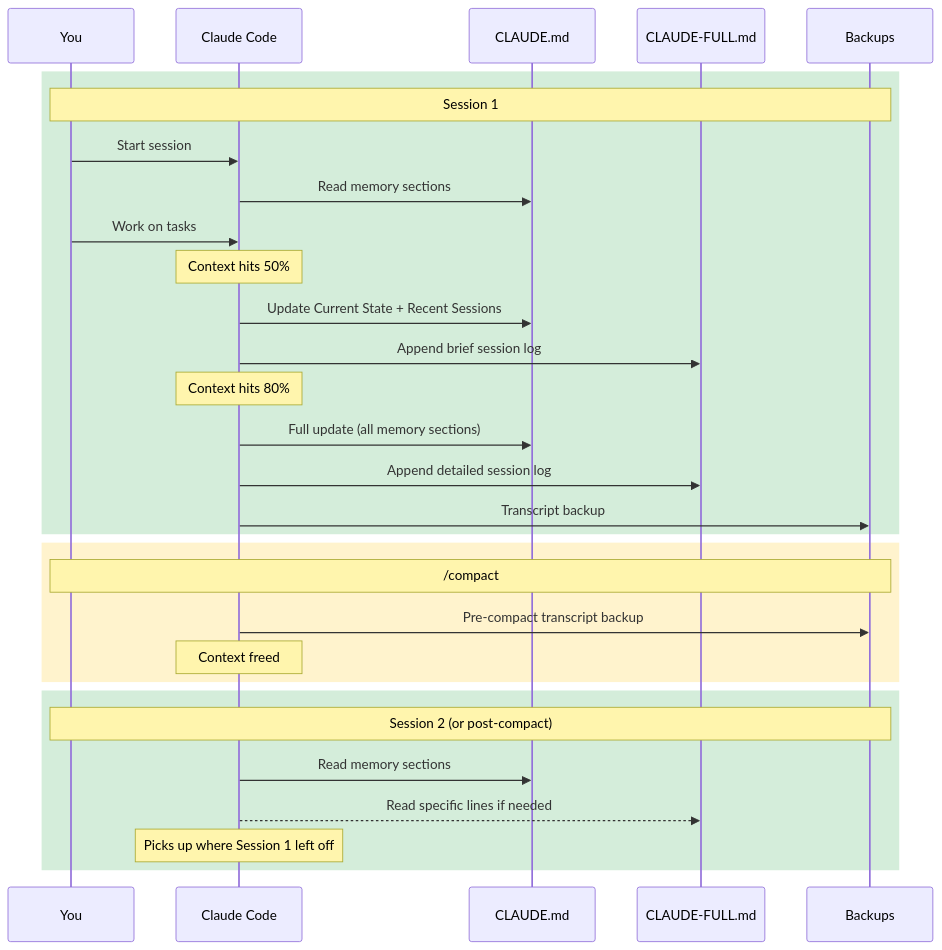
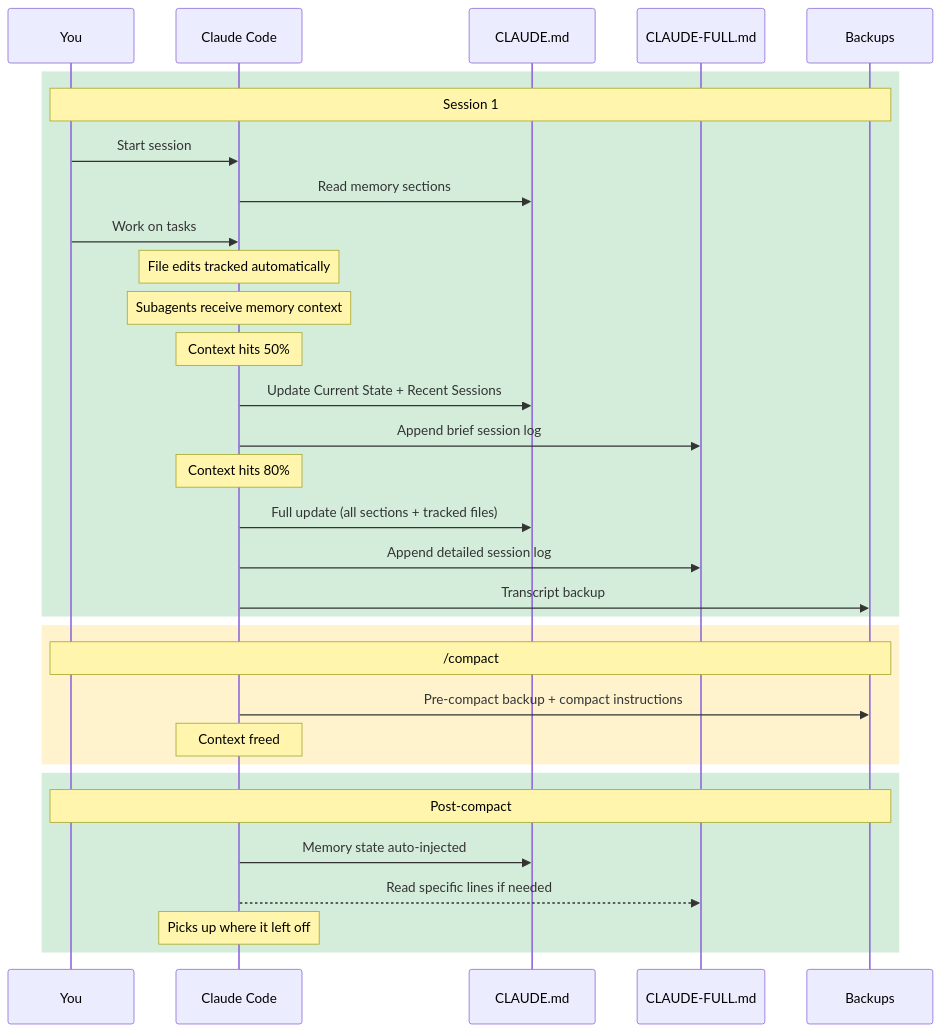
One commit to ShivanDana/mimo changed the third of 4 diagrams in README.md. Above: the diagram before and after it, drawn with Mermaid. The commit also changed other lines of this file and 15 other files, not shown here.

````diff
--- a/README.md
+++ b/README.md
@@ -98,35 +101,37 @@
 ```mermaid
 sequenceDiagram
     participant U as You
     participant C as Claude Code
     participant M as CLAUDE.md
     participant F as CLAUDE-FULL.md
     participant B as Backups
 
     rect rgb(212, 237, 218)
     Note over U,B: Session 1
     U->>C: Start session
     C->>M: Read memory sections
     U->>C: Work on tasks
+    Note over C: File edits tracked automatically
+    Note over C: Subagents receive memory context
     Note over C: Context hits 50%
     C->>M: Update Current State + Recent Sessions
     C->>F: Append brief session log
     Note over C: Context hits 80%
-    C->>M: Full update (all memory sections)
+    C->>M: Full update (all sections + tracked files)
     C->>F: Append detailed session log
     C->>B: Transcript backup
     end
 
     rect rgb(255, 243, 205)
     Note over U,B: /compact
-    C->>B: Pre-compact transcript backup
+    C->>B: Pre-compact backup + compact instructions
     Note over C: Context freed
     end
 
     rect rgb(212, 237, 218)
-    Note over U,B: Session 2 (or post-compact)
-    C->>M: Read memory sections
+    Note over U,B: Post-compact
+    C->>M: Memory state auto-injected
     C-->>F: Read specific lines if needed
-    Note over C: Picks up where Session 1 left off
+    Note over C: Picks up where it left off
     end
 ```
````
